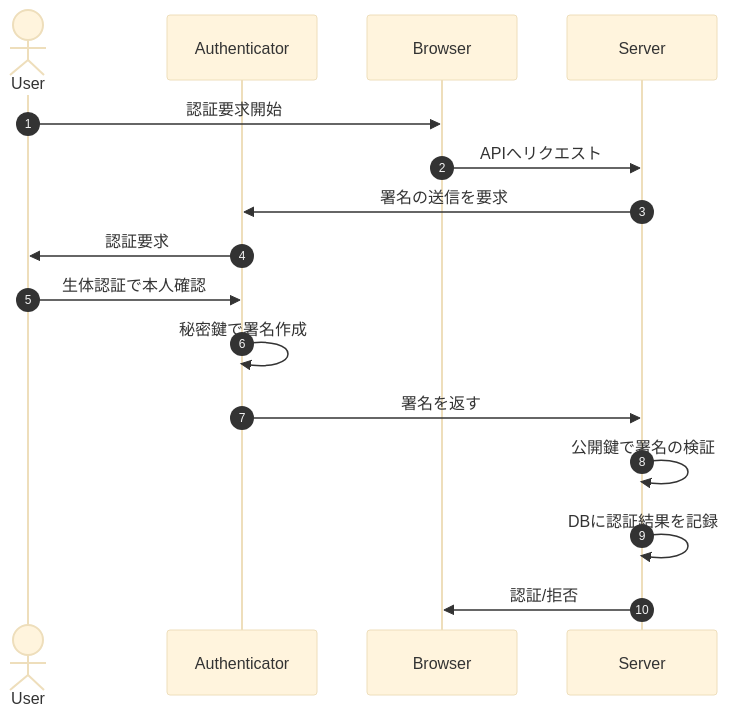
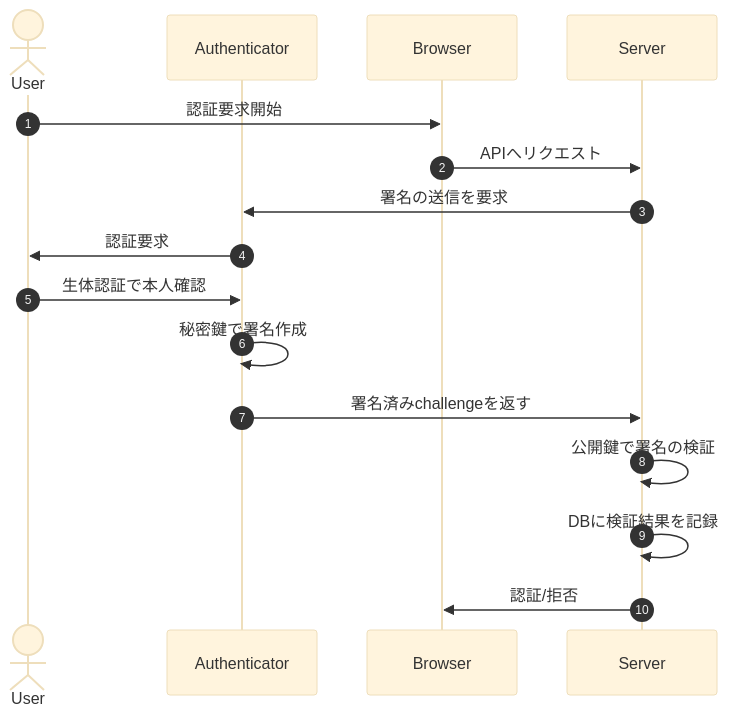
The second of 2 diagrams in public/amplify-webauthn.md (tttol/qiita-writing), drawn with Mermaid (base theme) before and after one commit. The commit also changed other lines of this file, not shown here.

````diff
--- a/public/amplify-webauthn.md
+++ b/public/amplify-webauthn.md
@@ -166,19 +166,19 @@
 ```mermaid
 sequenceDiagram
     autonumber
     actor User
     participant Authenticator
     participant Browser
     participant Server
 
     User->>Browser: 認証要求開始
     Browser->>Server: APIへリクエスト
     Server->>Authenticator: 署名の送信を要求
     Authenticator->>User: 認証要求
     User->>Authenticator: 生体認証で本人確認
     Authenticator->>Authenticator: 秘密鍵で署名作成
-    Authenticator->>Server: 署名を返す
+    Authenticator->>Server: 署名済みchallengeを返す
     Server->>Server: 公開鍵で署名の検証
-    Server->>Server: DBに認証結果を記録
+    Server->>Server: DBに検証結果を記録
     Server->>Browser: 認証/拒否
 ```
````
